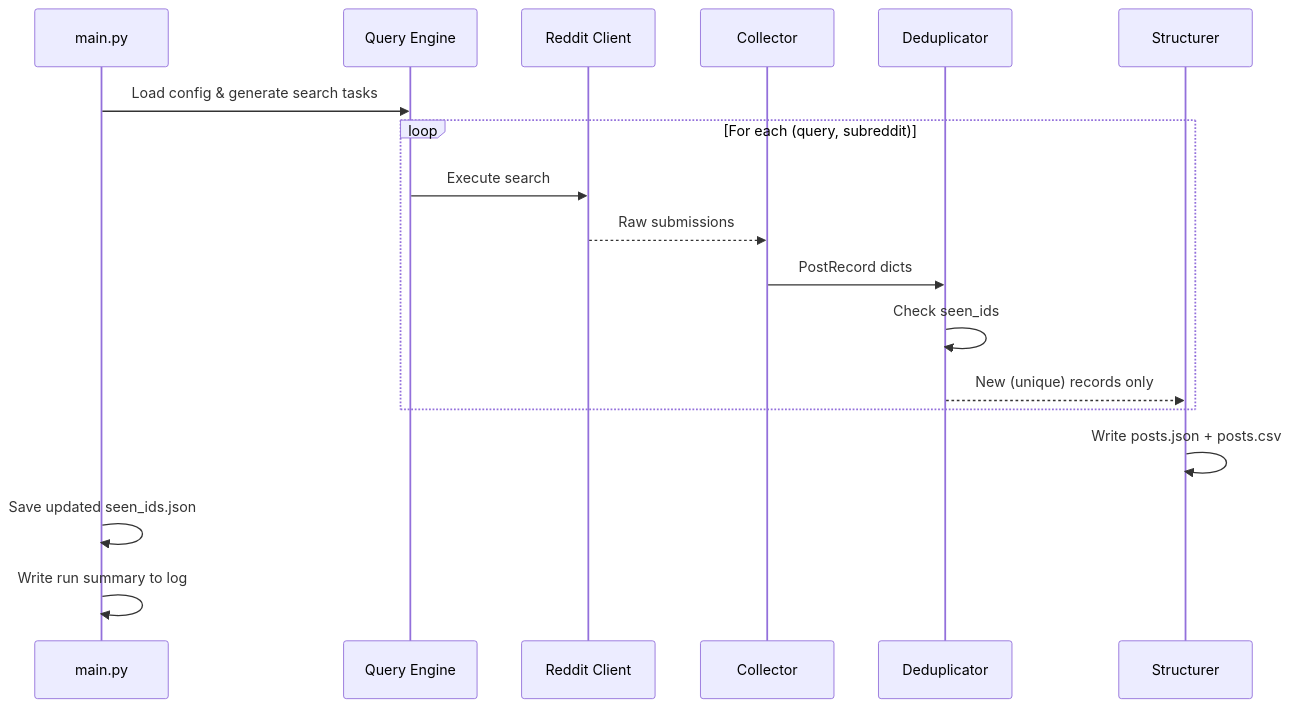
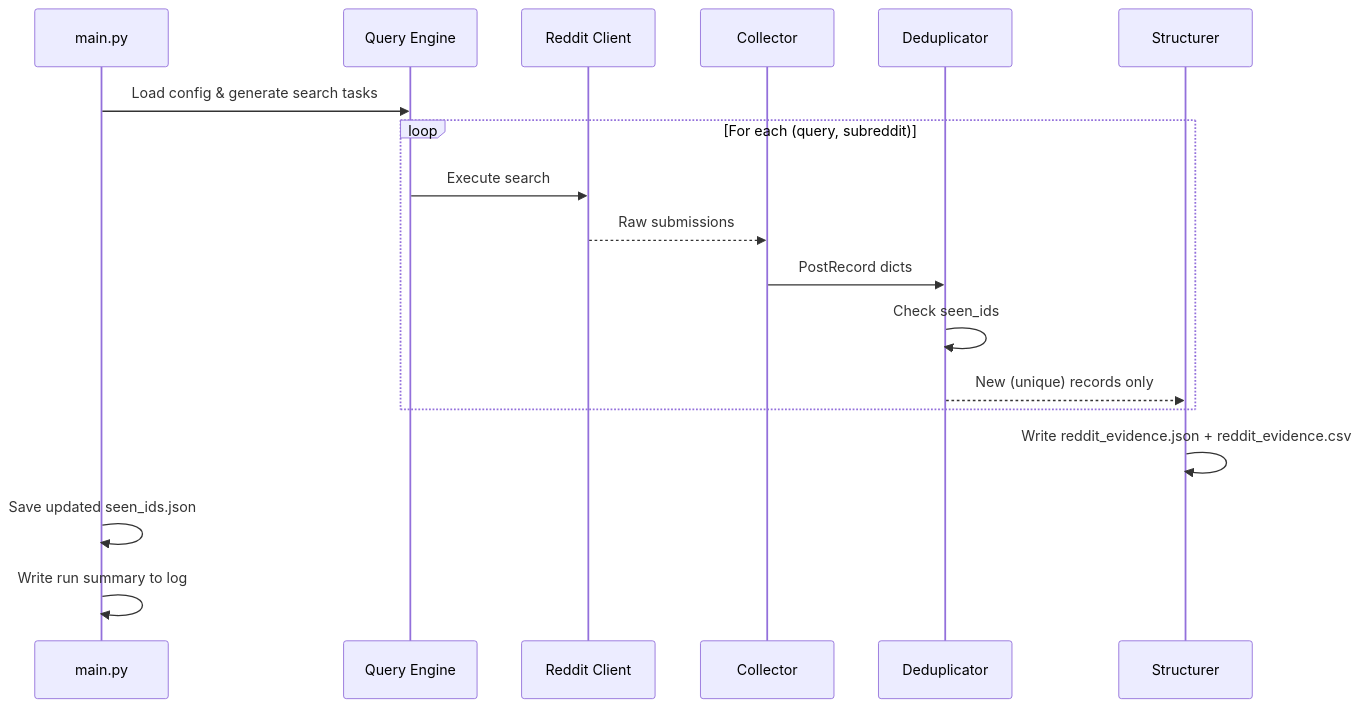
One commit to Sambit712/googlep-datacollector changed the fourth of 5 diagrams in Docs/architecture.md. Above: the diagram before and after it, drawn with Mermaid. The commit also changed other lines of this file and 9 other files, not shown here.

Commit message:
Standardize V0 evidence schema, null V1 placeholders, and output documentation

````diff
--- a/Docs/architecture.md
+++ b/Docs/architecture.md
@@ -289,21 +292,21 @@
 ```mermaid
 sequenceDiagram
     participant Main as main.py
     participant QE as Query Engine
     participant RC as Reddit Client
     participant COL as Collector
     participant DD as Deduplicator
     participant STR as Structurer
 
     Main->>QE: Load config & generate search tasks
     loop For each (query, subreddit)
         QE->>RC: Execute search
         RC-->>COL: Raw submissions
         COL->>DD: PostRecord dicts
         DD->>DD: Check seen_ids
         DD-->>STR: New (unique) records only
     end
-    STR->>STR: Write posts.json + posts.csv
+    STR->>STR: Write reddit_evidence.json + reddit_evidence.csv
     Main->>Main: Save updated seen_ids.json
     Main->>Main: Write run summary to log
 ```
````
